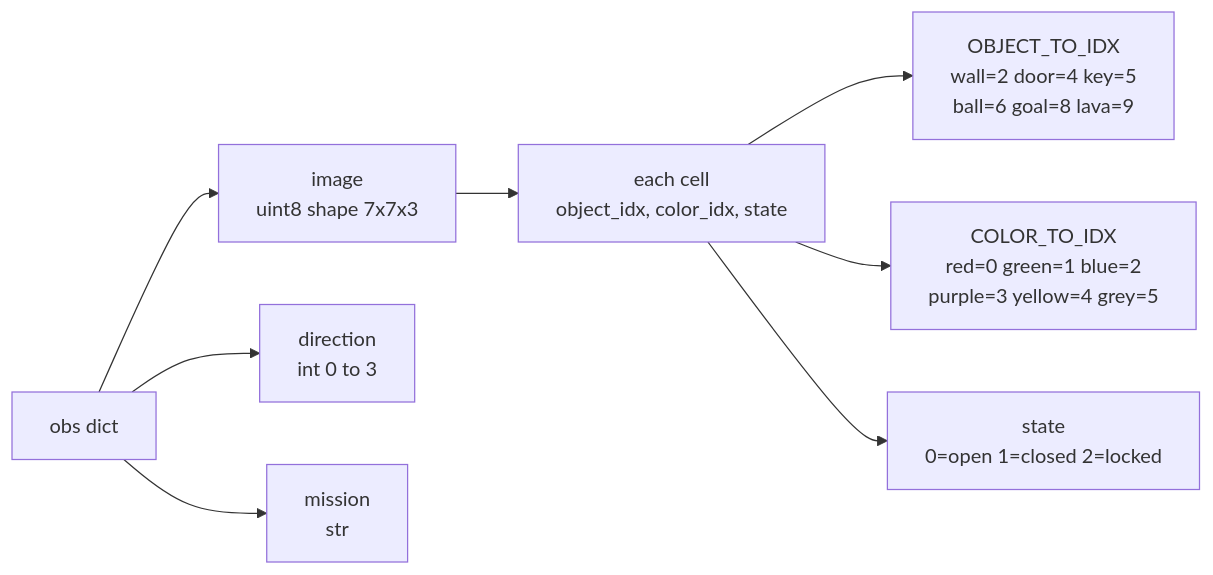
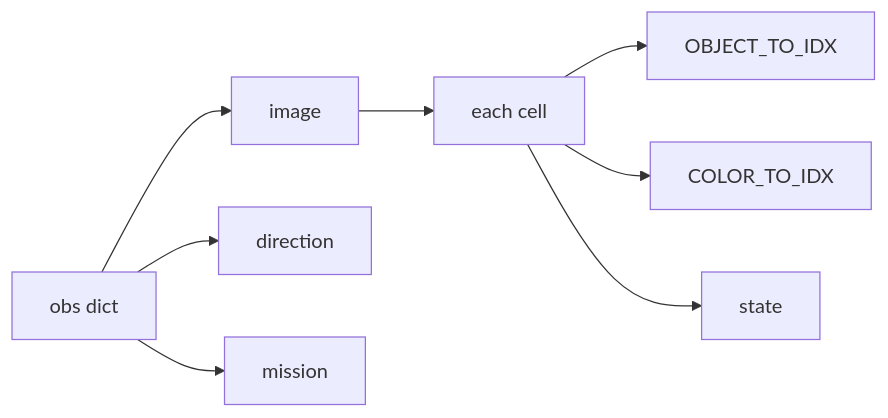
The fourth of 6 diagrams in docs/content/architecture.md (alexandermfisher/minigrid), drawn with Mermaid before and after one commit. The commit also changed other lines of this file, not shown here.

First line of the commit message:
Simplify Mermaid labels to single lines to fix rendering

````diff
--- a/docs/content/architecture.md
+++ b/docs/content/architecture.md
@@ -119,19 +86,19 @@
 ```{mermaid}
 graph LR
     OBS[obs dict]
-    IMG["image<br/>uint8 shape 7x7x3"]
-    DIR["direction<br/>int 0 to 3"]
-    MISSION["mission<br/>str"]
-    CELL["each cell<br/>object_idx, color_idx, state"]
-    OBJ["OBJECT_TO_IDX<br/>wall=2  door=4  key=5<br/>ball=6  goal=8  lava=9"]
-    COL["COLOR_TO_IDX<br/>red=0  green=1  blue=2<br/>purple=3  yellow=4  grey=5"]
-    STA["state<br/>0=open  1=closed  2=locked"]
+    IMG[image]
+    DIR[direction]
+    MSN[mission]
+    CELL[each cell]
+    OBJ[OBJECT_TO_IDX]
+    COL[COLOR_TO_IDX]
+    STA[state]
 
     OBS --> IMG
     OBS --> DIR
-    OBS --> MISSION
+    OBS --> MSN
     IMG --> CELL
     CELL --> OBJ
     CELL --> COL
     CELL --> STA
 ```
````
